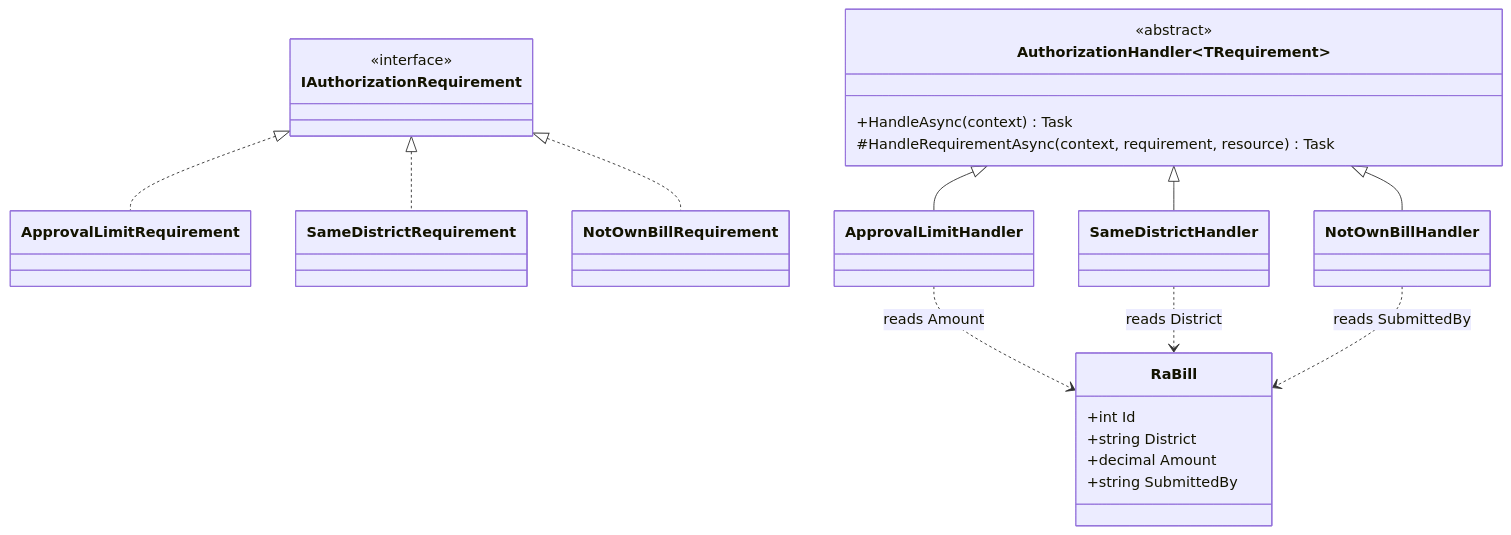
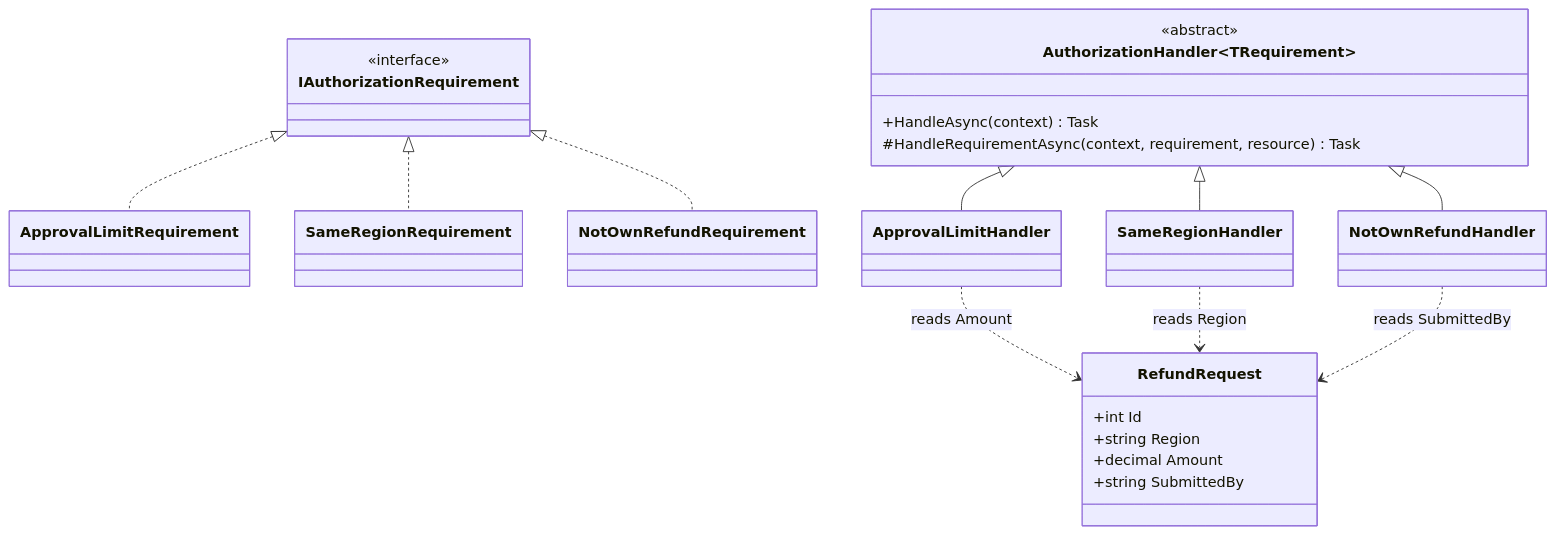
Before and after one commit to rizwi0786/system-design-lab: the third of 3 diagrams in content/lessons/m03/m03-authn-authz.md, drawn with Mermaid. The commit also changed other lines of this file and 334 other files, not shown here.

````diff
--- a/content/lessons/m03/m03-authn-authz.md
+++ b/content/lessons/m03/m03-authn-authz.md
@@ -260,32 +260,32 @@
 ```mermaid
 classDiagram
     class IAuthorizationRequirement {
         <<interface>>
     }
     class ApprovalLimitRequirement
-    class SameDistrictRequirement
-    class NotOwnBillRequirement
+    class SameRegionRequirement
+    class NotOwnRefundRequirement
     class AuthorizationHandler~TRequirement~ {
         <<abstract>>
         +HandleAsync(context) Task
         #HandleRequirementAsync(context, requirement, resource) Task
     }
     class ApprovalLimitHandler
-    class SameDistrictHandler
-    class NotOwnBillHandler
-    class RaBill {
+    class SameRegionHandler
+    class NotOwnRefundHandler
+    class RefundRequest {
         +int Id
-        +string District
+        +string Region
         +decimal Amount
         +string SubmittedBy
     }
     IAuthorizationRequirement <|.. ApprovalLimitRequirement
-    IAuthorizationRequirement <|.. SameDistrictRequirement
-    IAuthorizationRequirement <|.. NotOwnBillRequirement
+    IAuthorizationRequirement <|.. SameRegionRequirement
+    IAuthorizationRequirement <|.. NotOwnRefundRequirement
     AuthorizationHandler <|-- ApprovalLimitHandler
-    AuthorizationHandler <|-- SameDistrictHandler
-    AuthorizationHandler <|-- NotOwnBillHandler
-    ApprovalLimitHandler ..> RaBill : reads Amount
-    SameDistrictHandler ..> RaBill : reads District
-    NotOwnBillHandler ..> RaBill : reads SubmittedBy
+    AuthorizationHandler <|-- SameRegionHandler
+    AuthorizationHandler <|-- NotOwnRefundHandler
+    ApprovalLimitHandler ..> RefundRequest : reads Amount
+    SameRegionHandler ..> RefundRequest : reads Region
+    NotOwnRefundHandler ..> RefundRequest : reads SubmittedBy
 ```
````
